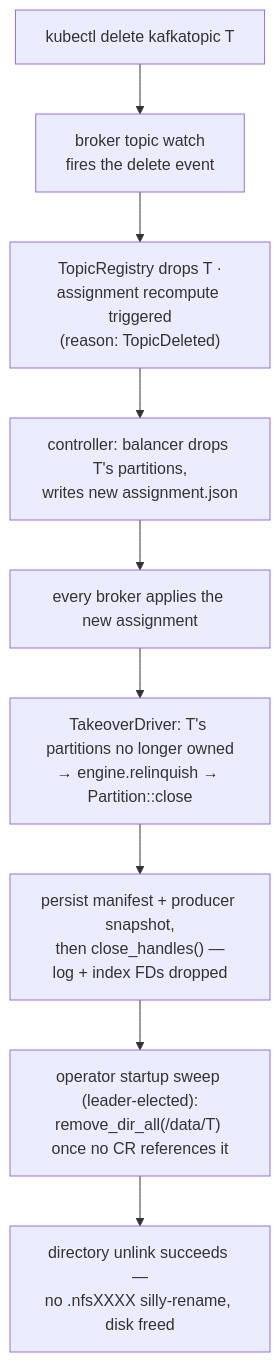
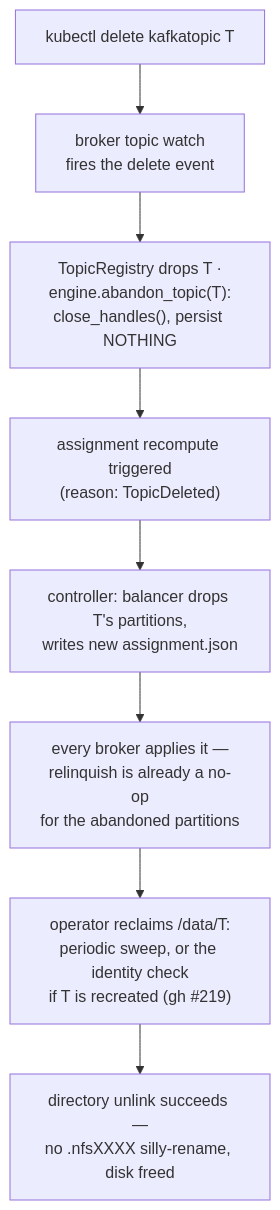
One commit to Woestebanaan/kaas changed the diagram in docs/src/architecture/file-handles.md. Above: the diagram before and after it, drawn with Mermaid. The commit also changed other lines of this file and 14 other files, not shown here.

````diff
--- a/docs/src/architecture/file-handles.md
+++ b/docs/src/architecture/file-handles.md
@@ -14,11 +14,10 @@
 ```mermaid
 flowchart TD
     del["kubectl delete kafkatopic T"] --> watch["broker topic watch<br/>fires the delete event"]
-    watch --> notify["TopicRegistry drops T ·<br/>assignment recompute triggered<br/>(reason: TopicDeleted)"]
+    watch --> abandon["TopicRegistry drops T ·<br/>engine.abandon_topic(T):<br/>close_handles(), persist NOTHING"]
+    abandon --> notify["assignment recompute triggered<br/>(reason: TopicDeleted)"]
     notify --> ctl["controller: balancer drops T's partitions,<br/>writes new assignment.json"]
-    ctl --> apply["every broker applies the new assignment"]
-    apply --> reling["TakeoverDriver: T's partitions no longer owned<br/>→ engine.relinquish → Partition::close"]
-    reling --> fds["persist manifest + producer snapshot,<br/>then close_handles() —<br/>log + index FDs dropped"]
-    fds --> sweepstep["operator startup sweep (leader-elected):<br/>remove_dir_all(/data/T) once no CR references it"]
-    sweepstep --> disk["directory unlink succeeds —<br/>no .nfsXXXX silly-rename, disk freed"]
+    ctl --> apply["every broker applies it —<br/>relinquish is already a no-op<br/>for the abandoned partitions"]
+    apply --> reclaim["operator reclaims /data/T:<br/>periodic sweep, or the identity check<br/>if T is recreated (gh #219)"]
+    reclaim --> disk["directory unlink succeeds —<br/>no .nfsXXXX silly-rename, disk freed"]
 ```
````
